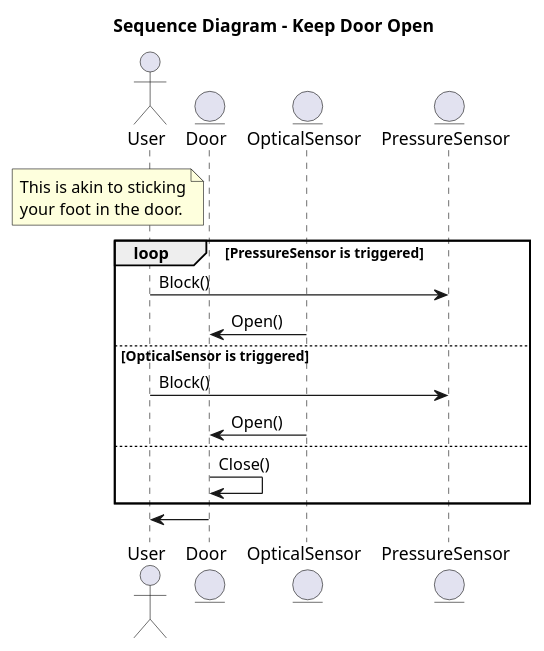
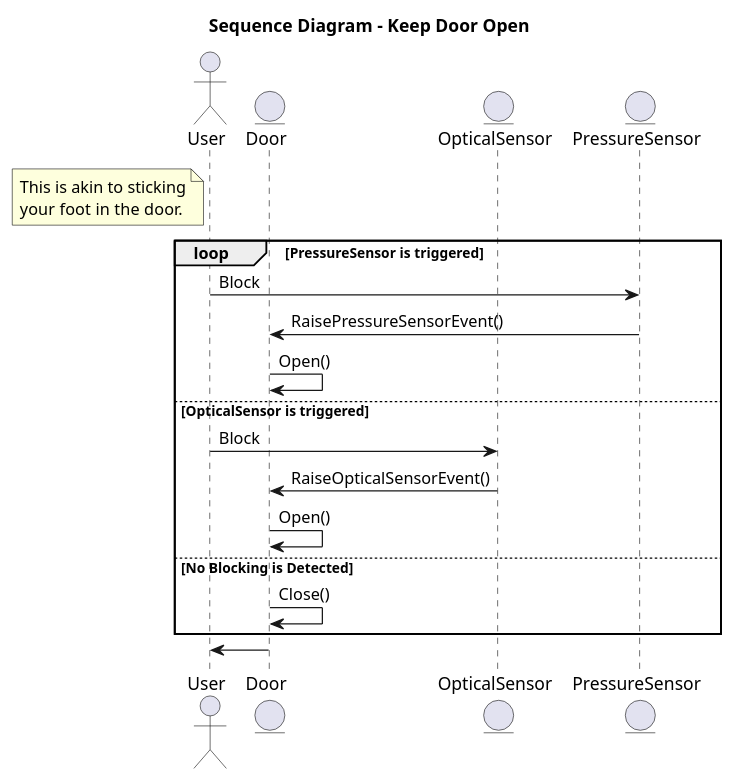
The sixth of 6 diagrams in Software Design & Algorithms/Elevator/Diagrams.puml (NathanThus/Technology-Semester-3), drawn with PlantUML before and after one commit. The commit also changed other lines of this file, not shown here.

```diff
--- a/Software Design & Algorithms/Elevator/Diagrams.puml
+++ b/Software Design & Algorithms/Elevator/Diagrams.puml
@@ -233,26 +229,28 @@
 @startuml Sequence_KeepDoorOpen
 title Sequence Diagram - Keep Door Open
-
+' TODO: Check methods
 actor User
 entity Door
 entity OpticalSensor
 entity PressureSensor
 
-note left of Door
+note left of User
     This is akin to sticking
     your foot in the door.
 end note
 loop PressureSensor is triggered
-User -> PressureSensor : Block()
-OpticalSensor -> Door : Open()
+User -> PressureSensor : Block
+PressureSensor -> Door : RaisePressureSensorEvent()
+Door -> Door : Open()
 else OpticalSensor is triggered
-User -> PressureSensor : Block()
-OpticalSensor -> Door : Open()
-else
+User -> OpticalSensor : Block
+OpticalSensor -> Door : RaiseOpticalSensorEvent()
+Door -> Door: Open()
+else No Blocking is Detected
 Door -> Door : Close()
 end
 
 Door -> User
 
 
 @enduml
```
